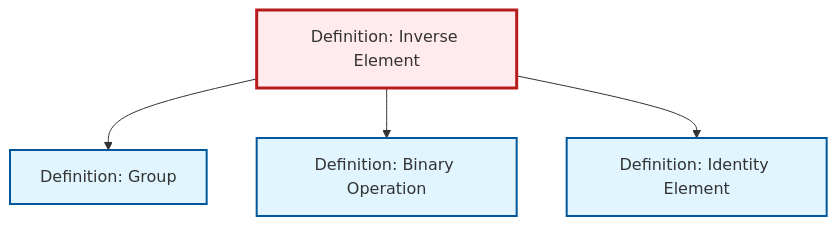
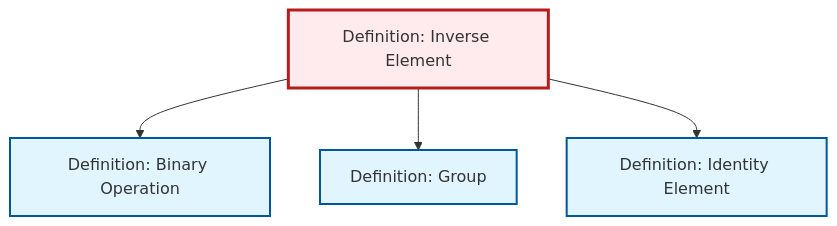
One commit to RK0429/ModernMath changed the diagram in output/mermaid/def-inverse-element.mermaid. Above: the diagram before and after it, drawn with Mermaid. The commit also changed other lines of this file and 1118 other files, not shown here.

````diff
--- a/output/mermaid/def-inverse-element.mermaid
+++ b/output/mermaid/def-inverse-element.mermaid
@@ -1,17 +1,17 @@
 ```{mermaid}
 %%| fig-cap: "Local dependency graph"
 graph TD
     classDef definition fill:#e1f5fe,stroke:#01579b,stroke-width:2px
     classDef theorem fill:#f3e5f5,stroke:#4a148c,stroke-width:2px
     classDef axiom fill:#fff3e0,stroke:#e65100,stroke-width:2px
     classDef example fill:#e8f5e9,stroke:#1b5e20,stroke-width:2px
     classDef current fill:#ffebee,stroke:#b71c1c,stroke-width:3px
+    def-group["Definition: Group"]:::definition
+    def-identity-element["Definition: Identity Element"]:::definition
+    def-inverse-element["Definition: Inverse Element"]:::definition
     def-binary-operation["Definition: Binary Operation"]:::definition
-    def-inverse-element["Definition: Inverse Element"]:::definition
-    def-identity-element["Definition: Identity Element"]:::definition
-    def-group["Definition: Group"]:::definition
+    def-inverse-element --> def-binary-operation
     def-inverse-element --> def-group
-    def-inverse-element --> def-binary-operation
     def-inverse-element --> def-identity-element
     class def-inverse-element current
 ```
````
